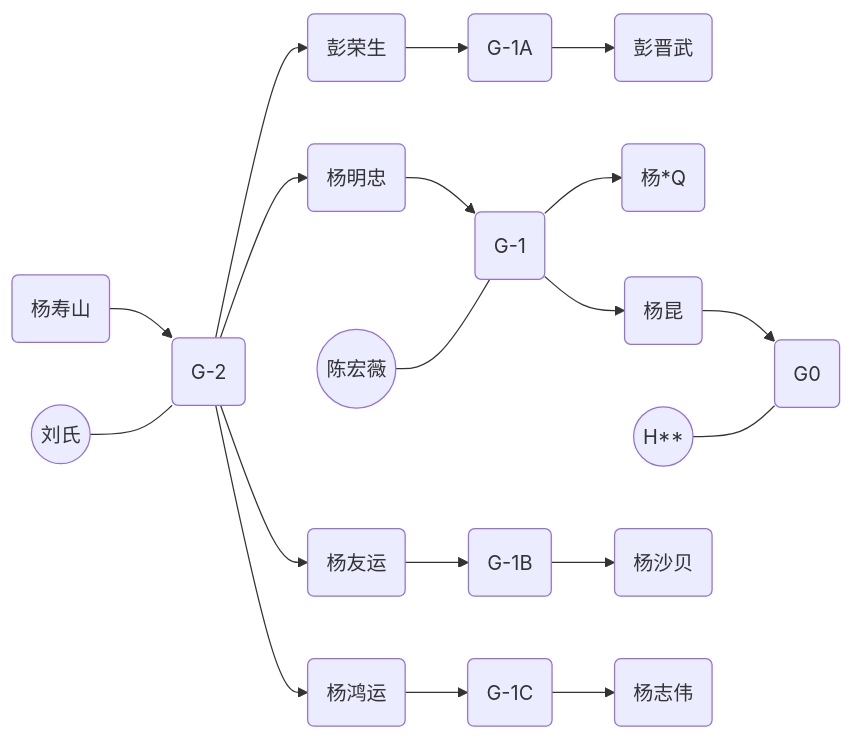
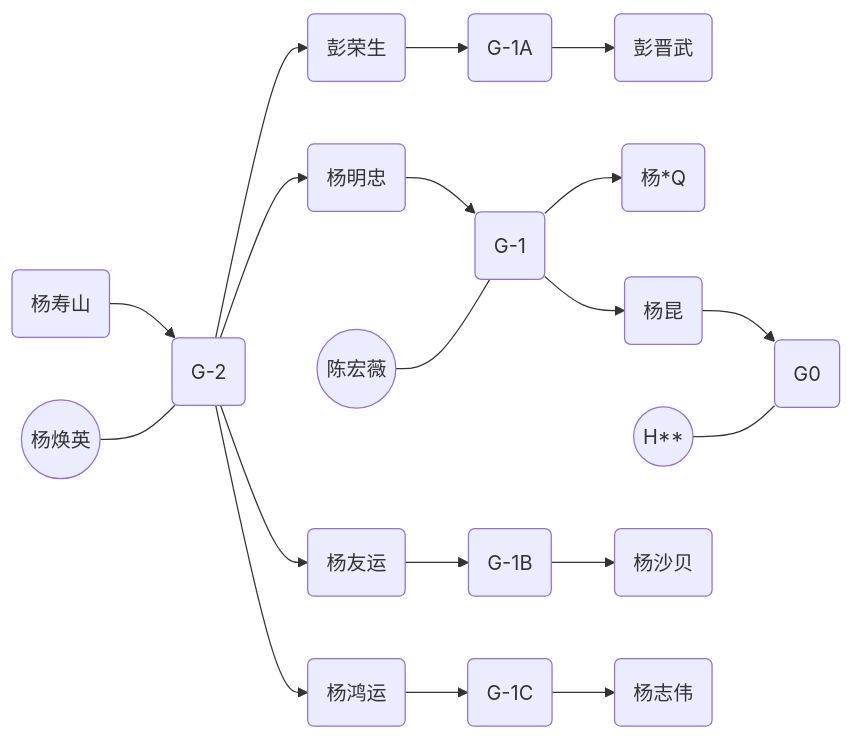
One commit to Inturious-Labs/herbertyang.xyz changed the first of 2 diagrams in docusaurus/docs/about/01.family-tree/index.md. Above: the diagram before and after it, drawn with Mermaid. The commit also changed other lines of this file, not shown here.

````diff
--- a/docusaurus/docs/about/01.family-tree/index.md
+++ b/docusaurus/docs/about/01.family-tree/index.md
@@ -27,24 +28,24 @@
 ```mermaid
 flowchart LR
 
 %% Generation -2 %%
 G-2-M1(杨寿山) --> G-2(G-2)
-G-2-F0((刘氏)) --- G-2
+G-2-F0((杨焕英)) --- G-2
 
 %% Generation -2 %%
 G-2 --> G-1-M1(彭荣生) --> G-1A(G-1A)
 G-2 --> G-1-M2(杨明忠) --> G-1(G-1)
 G-1-F0((陈宏薇)) --- G-1
 G-2 --> G-1-M3(杨友运) --> G-1B(G-1B)
 G-2 --> G-1-M4(杨鸿运) --> G-1C(G-1C)
 
 %% Generation 0 %%
 G-1A --> G0-M3(彭晋武)
 G-1 --> G0-M1(杨*Q)
 G-1 --> G0-M2(杨昆) --> G0(G0)
 G0-F0((H**)) --- G0
 G-1B --> G0-M4(杨沙贝)
 G-1C --> G0-M5(杨志伟)
 
 
 ```
````
